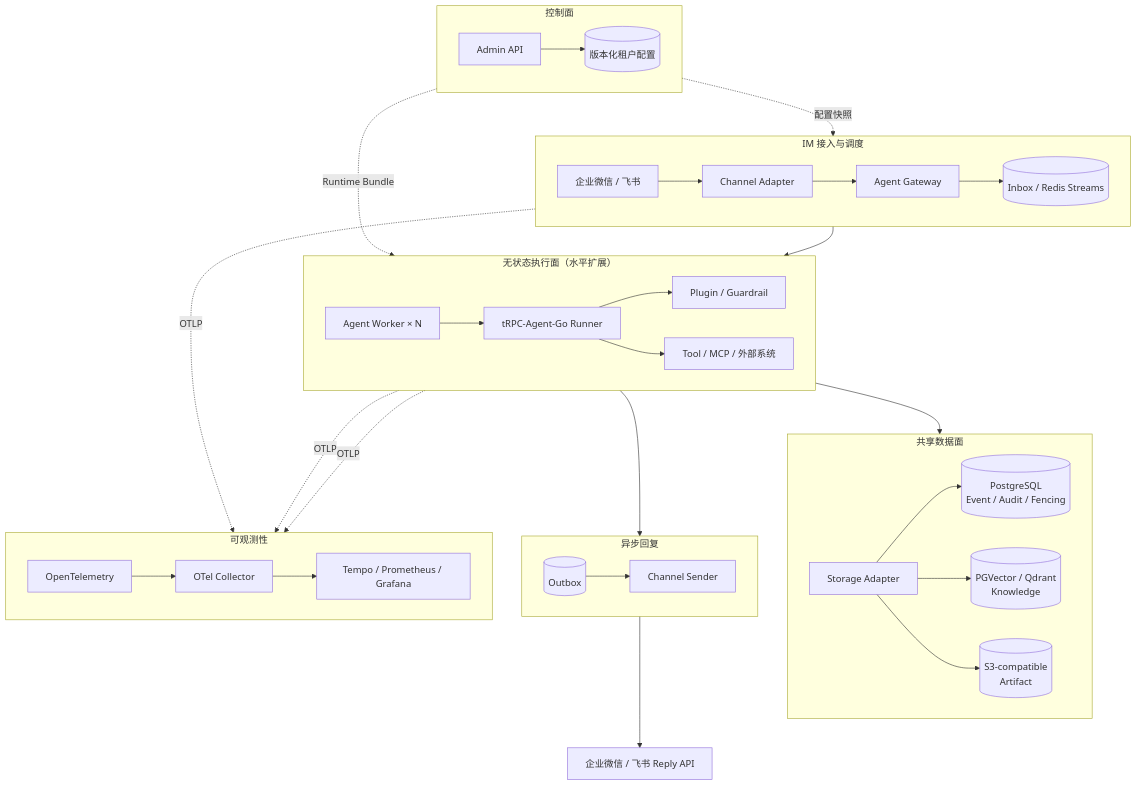
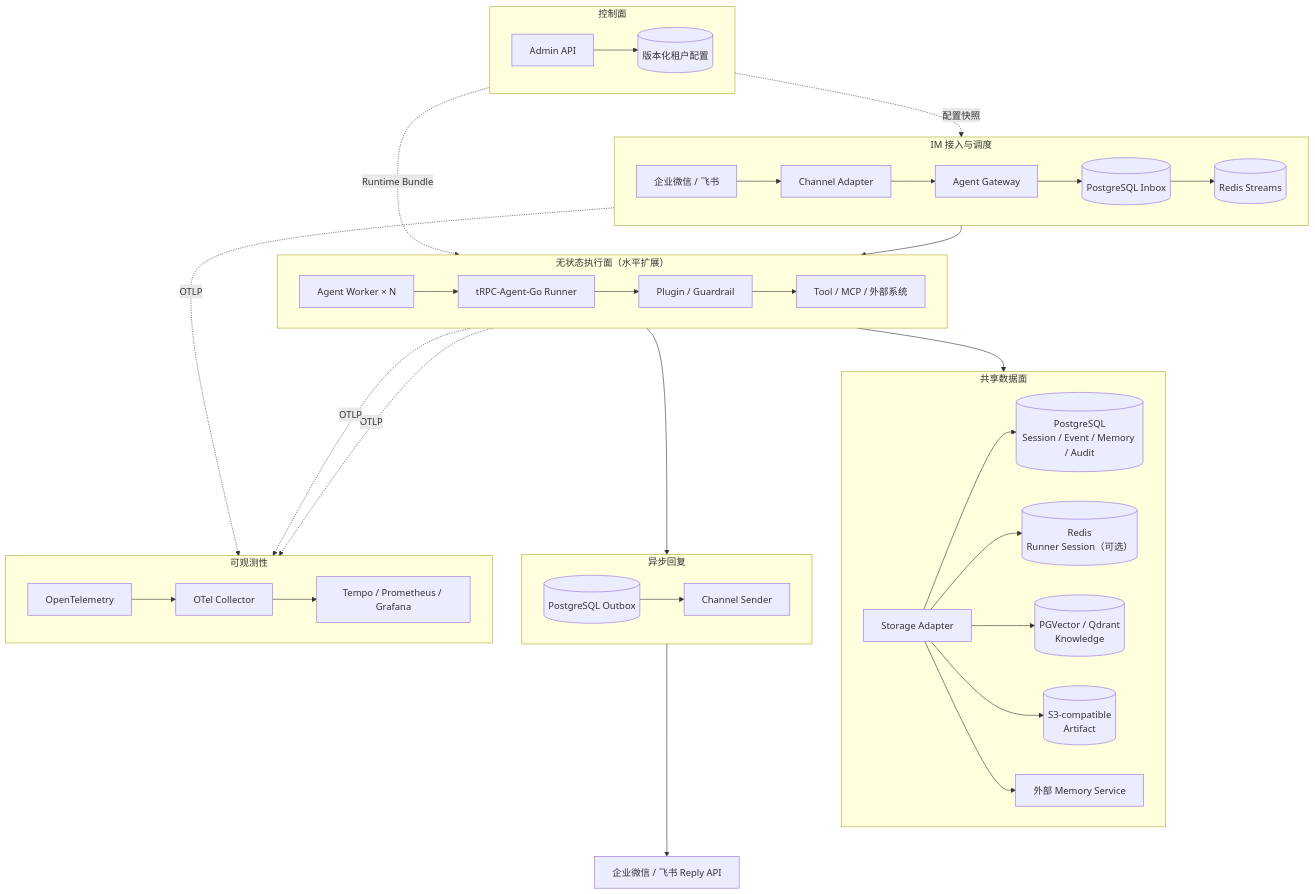
One commit to Skylm808/trpc-agent-service changed the diagram in README.md. Above: the diagram before and after it, drawn with Mermaid. The commit also changed other lines of this file, not shown here.

````diff
--- a/README.md
+++ b/README.md
@@ -38,50 +38,53 @@
 ```mermaid
 flowchart TB
     subgraph CONTROL["控制面"]
         direction LR
         ADMIN[Admin API] --> CONFIG[(版本化租户配置)]
     end
 
     subgraph ACCESS["IM 接入与调度"]
         direction LR
         IM[企业微信 / 飞书] --> CHANNEL[Channel Adapter]
         CHANNEL --> GATEWAY[Agent Gateway]
-        GATEWAY --> INBOX[(Inbox / Redis Streams)]
+        GATEWAY --> INBOX[(PostgreSQL Inbox)]
+        INBOX --> QUEUE[(Redis Streams)]
     end
 
     subgraph EXECUTION["无状态执行面（水平扩展）"]
         direction LR
         WORKERS[Agent Worker × N] --> RUNNER[tRPC-Agent-Go Runner]
         RUNNER --> GOVERNANCE[Plugin / Guardrail]
-        RUNNER --> TOOLS[Tool / MCP / 外部系统]
+        GOVERNANCE --> TOOLS[Tool / MCP / 外部系统]
     end
 
     subgraph DATA["共享数据面"]
         direction LR
-        STORAGE[Storage Adapter] --> PG[(PostgreSQL<br/>Event / Audit / Fencing)]
+        STORAGE[Storage Adapter] --> PG[(PostgreSQL<br/>Session / Event / Memory / Audit)]
+        STORAGE --> REDIS[(Redis<br/>Runner Session（可选）)]
         STORAGE --> VECTOR[(PGVector / Qdrant<br/>Knowledge)]
         STORAGE --> OBJECT[(S3-compatible<br/>Artifact)]
+        STORAGE --> EXT_MEMORY[外部 Memory Service]
     end
 
     subgraph DELIVERY["异步回复"]
         direction LR
-        OUTBOX[(Outbox)] --> SENDER[Channel Sender]
+        OUTBOX[(PostgreSQL Outbox)] --> SENDER[Channel Sender]
     end
 
     subgraph OBSERVABILITY["可观测性"]
         direction LR
         OTEL[OpenTelemetry] --> COLLECTOR[OTel Collector]
         COLLECTOR --> BACKEND[Tempo / Prometheus / Grafana]
     end
 
-    INBOX --> WORKERS
+    QUEUE --> WORKERS
     RUNNER --> STORAGE
     WORKERS --> OUTBOX
     SENDER --> IM_REPLY[企业微信 / 飞书 Reply API]
 
     CONFIG -. 配置快照 .-> GATEWAY
     CONFIG -. Runtime Bundle .-> WORKERS
     GATEWAY -. OTLP .-> OTEL
     WORKERS -. OTLP .-> OTEL
     RUNNER -. OTLP .-> OTEL
 ```
````
